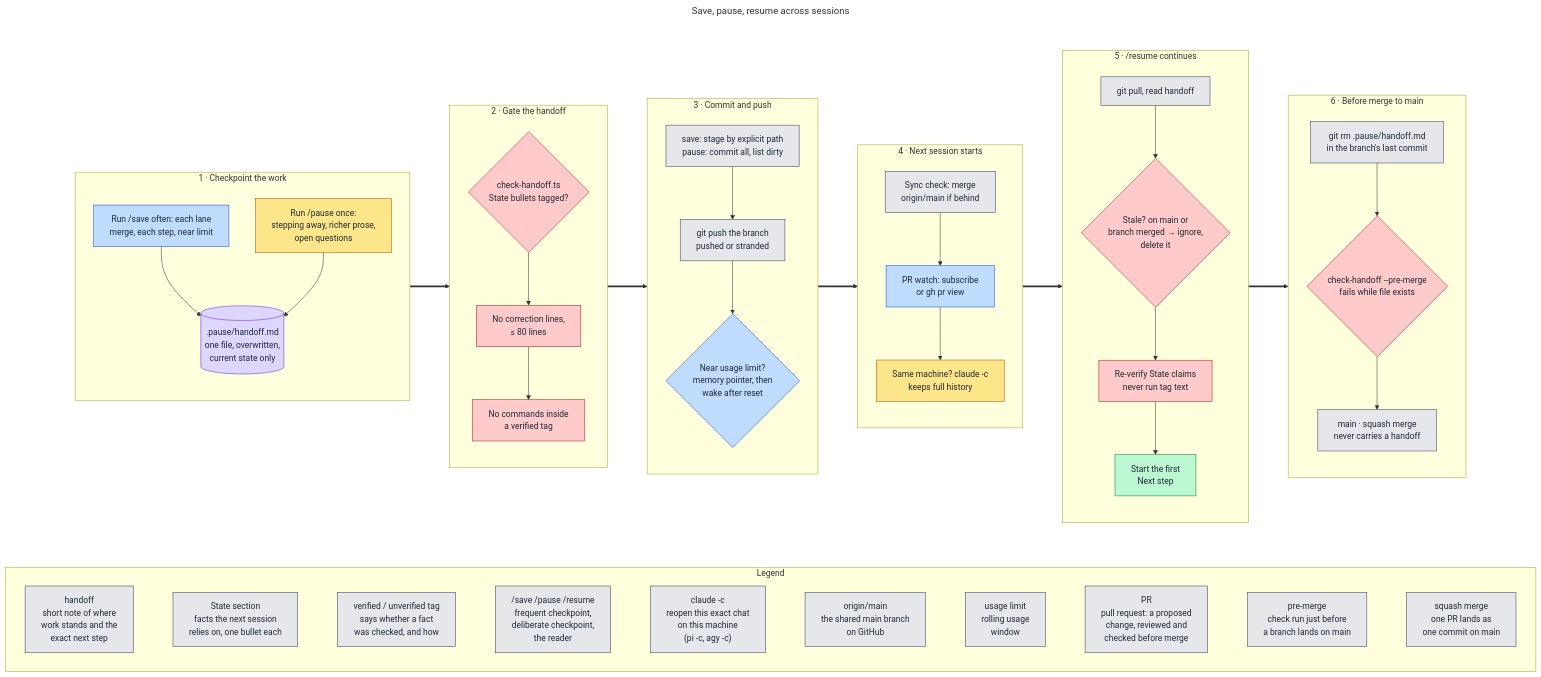
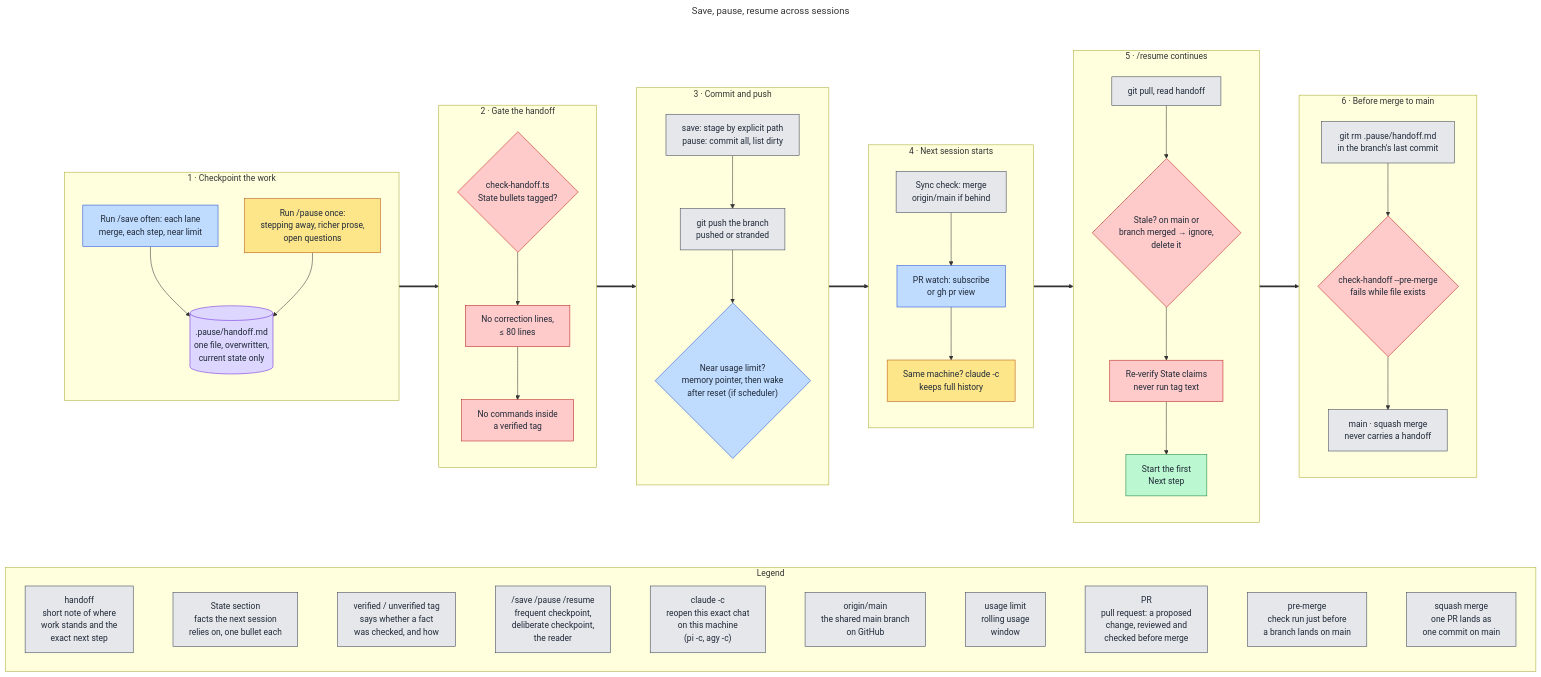
One commit to victusfate/scaffold changed the diagram in docs/diagrams/src/session-continuity.mmd. Above: the diagram before and after it, drawn with Mermaid. The commit also changed 21 other files, not shown here.

First line of the commit message:
docs(diagrams): accuracy fixes from a per-diagram source review

```diff
--- a/docs/diagrams/src/session-continuity.mmd
+++ b/docs/diagrams/src/session-continuity.mmd
@@ -1,87 +1,87 @@
 ---
 title: Save, pause, resume across sessions
 ---
 flowchart TB
   classDef owner fill:#fde68a,stroke:#b45309,color:#1f2937
   classDef orch fill:#bfdbfe,stroke:#1d4ed8,color:#1f2937
   classDef state fill:#ddd6fe,stroke:#6d28d9,color:#1f2937
   classDef lane fill:#bbf7d0,stroke:#15803d,color:#1f2937
   classDef git fill:#e5e7eb,stroke:#374151,color:#1f2937
   classDef gate fill:#fecaca,stroke:#b91c1c,color:#1f2937
 
   %% Edges run between stage subgraphs (not inner nodes) so each stage keeps
   %% its own top-to-bottom direction and the whole image stays landscape.
 
   subgraph FLOW[" "]
   direction LR
 
   subgraph CHECK["1 · Checkpoint the work"]
     direction TB
     S1["Run /save often: each lane<br/>merge, each step, near limit"]:::orch
     S2["Run /pause once:<br/>stepping away, richer prose,<br/>open questions"]:::owner
     S3[(".pause/handoff.md<br/>one file, overwritten,<br/>current state only")]:::state
     S1 --> S3
     S2 --> S3
   end
 
   subgraph GATE["2 · Gate the handoff"]
     direction TB
     G1{"check-handoff.ts<br/>State bullets tagged?"}:::gate
     G2["No correction lines,<br/>≤ 80 lines"]:::gate
     G3["No commands inside<br/>a verified tag"]:::gate
     G1 --> G2 --> G3
   end
 
   subgraph PUSH["3 · Commit and push"]
     direction TB
     P1["save: stage by explicit path<br/>pause: commit all, list dirty"]:::git
     P2["git push the branch<br/>pushed or stranded"]:::git
-    P3{"Near usage limit?<br/>memory pointer, then<br/>wake after reset"}:::orch
+    P3{"Near usage limit?<br/>memory pointer, then wake<br/>after reset (if scheduler)"}:::orch
     P1 --> P2 --> P3
   end
 
   subgraph START["4 · Next session starts"]
     direction TB
     N1["Sync check: merge<br/>origin/main if behind"]:::git
     N2["PR watch: subscribe<br/>or gh pr view"]:::orch
     N3["Same machine? claude -c<br/>keeps full history"]:::owner
     N1 --> N2 --> N3
   end
 
   subgraph RESUME["5 · /resume continues"]
     direction TB
     R1["git pull, read handoff"]:::git
     R2{"Stale? on main or<br/>branch merged → ignore,<br/>delete it"}:::gate
     R3["Re-verify State claims<br/>never run tag text"]:::gate
     R4["Start the first<br/>Next step"]:::lane
     R1 --> R2 --> R3 --> R4
   end
 
   subgraph MERGE["6 · Before merge to main"]
     direction TB
     M1["git rm .pause/handoff.md<br/>in the branch's last commit"]:::git
     M2{"check-handoff --pre-merge<br/>fails while file exists"}:::gate
     M3["main · squash merge<br/>never carries a handoff"]:::git
     M1 --> M2 --> M3
   end
 
   CHECK ==> GATE ==> PUSH ==> START ==> RESUME ==> MERGE
   end
   style FLOW fill:none,stroke:none
 
   subgraph LEGEND["Legend"]
     direction LR
     L1["handoff<br/>short note of where<br/>work stands and the<br/>exact next step"]:::git
     L2["State section<br/>facts the next session<br/>relies on, one bullet each"]:::git
     L3["verified / unverified tag<br/>says whether a fact<br/>was checked, and how"]:::git
     L4["/save /pause /resume<br/>frequent checkpoint,<br/>deliberate checkpoint,<br/>the reader"]:::git
     L5["claude -c<br/>reopen this exact chat<br/>on this machine<br/>(pi -c, agy -c)"]:::git
     L6["origin/main<br/>the shared main branch<br/>on GitHub"]:::git
     L7["usage limit<br/>rolling usage<br/>window"]:::git
     L8["PR<br/>pull request: a proposed<br/>change, reviewed and<br/>checked before merge"]:::git
     L9["pre-merge<br/>check run just before<br/>a branch lands on main"]:::git
     L10["squash merge<br/>one PR lands as<br/>one commit on main"]:::git
     L1 ~~~ L2 ~~~ L3 ~~~ L4 ~~~ L5 ~~~ L6 ~~~ L7 ~~~ L8 ~~~ L9 ~~~ L10
   end
 
   FLOW ~~~ LEGEND
```
